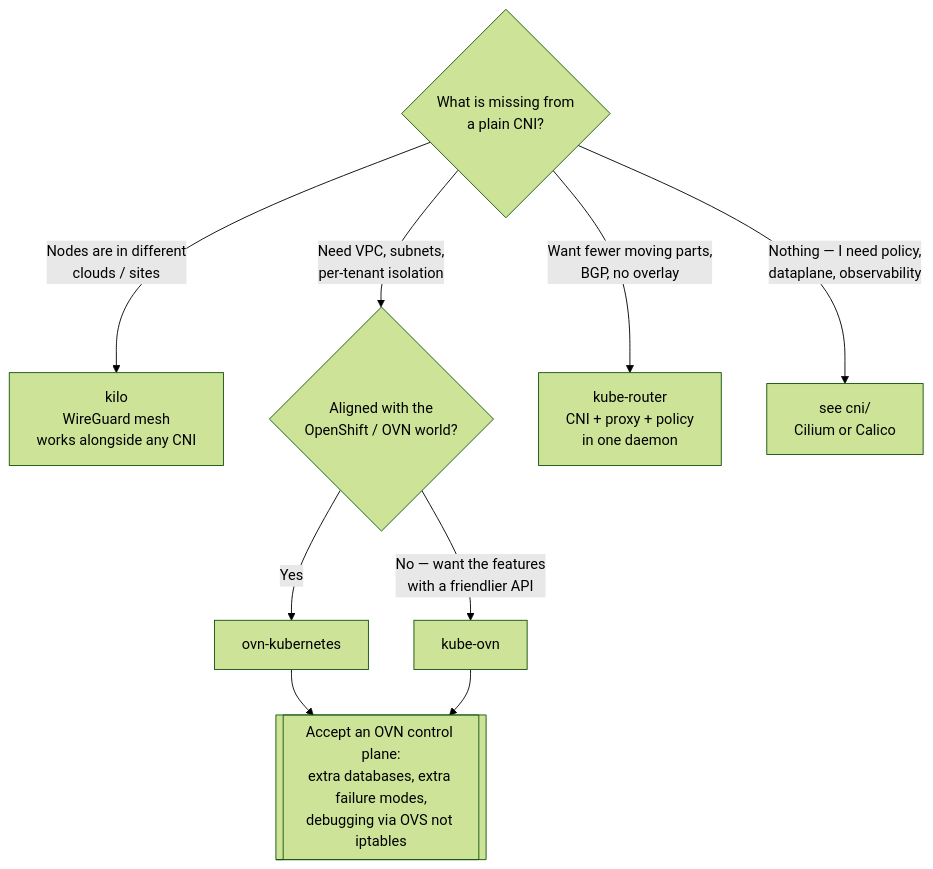
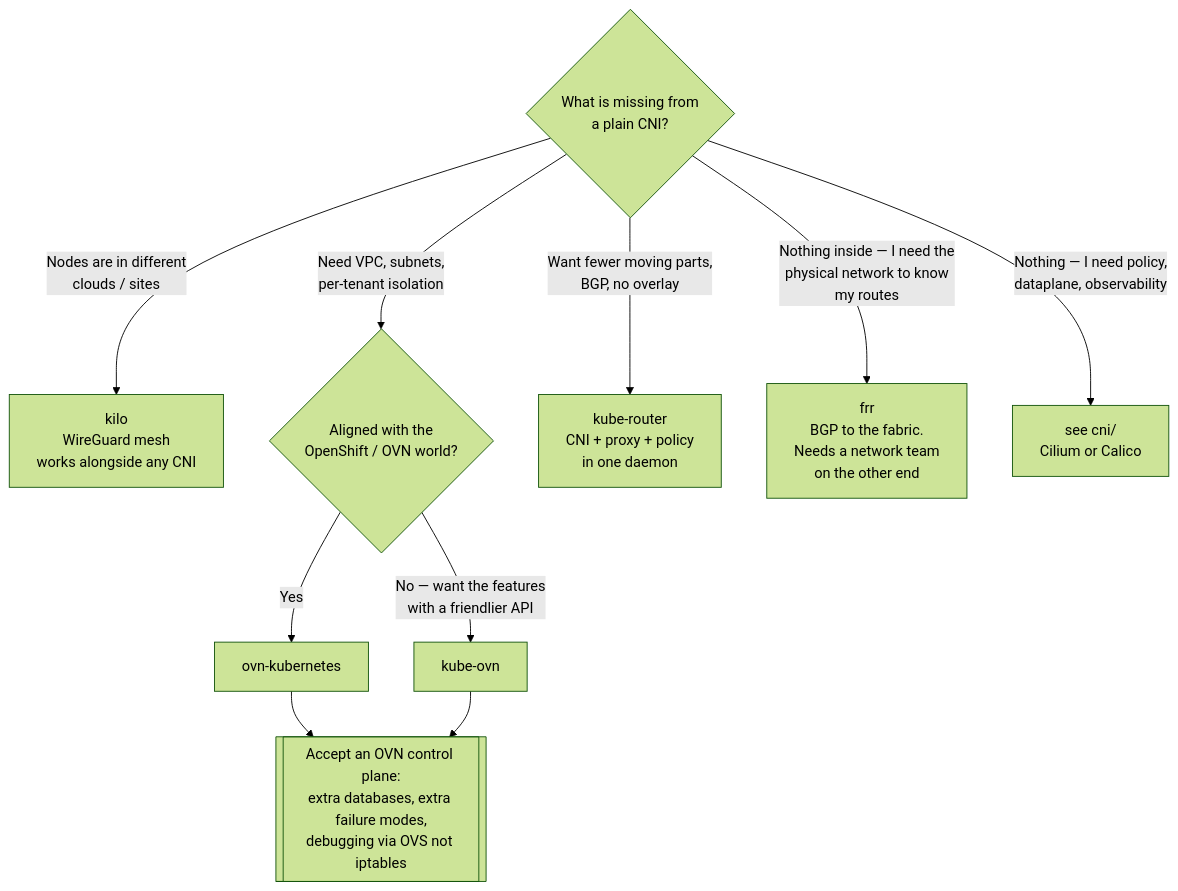
Before and after one commit to andreyolv/pikakube: the diagram in infrastructure/network/sdn/README.md, drawn with Mermaid (forest theme). The commit also changed other lines of this file and 32 other files, not shown here.

````diff
--- a/infrastructure/network/sdn/README.md
+++ b/infrastructure/network/sdn/README.md
@@ -79,16 +84,17 @@
 ```mermaid
 flowchart TD
     START{What is missing from<br/>a plain CNI?}
 
     START -->|Nodes are in different<br/>clouds / sites| KI[kilo<br/>WireGuard mesh<br/>works alongside any CNI]
     START -->|Need VPC, subnets,<br/>per-tenant isolation| Q1
     START -->|Want fewer moving parts,<br/>BGP, no overlay| KR[kube-router<br/>CNI + proxy + policy<br/>in one daemon]
+    START -->|Nothing inside — I need the<br/>physical network to know<br/>my routes| FRR[frr<br/>BGP to the fabric.<br/>Needs a network team<br/>on the other end]
     START -->|Nothing — I need policy,<br/>dataplane, observability| CNI[see cni/<br/>Cilium or Calico]
 
     Q1{Aligned with the<br/>OpenShift / OVN world?}
     Q1 -->|Yes| OK[ovn-kubernetes]
     Q1 -->|No — want the features<br/>with a friendlier API| KO[kube-ovn]
 
     OK --> COST[[Accept an OVN control plane:<br/>extra databases, extra failure modes,<br/>debugging via OVS not iptables]]
     KO --> COST
 ```
````
